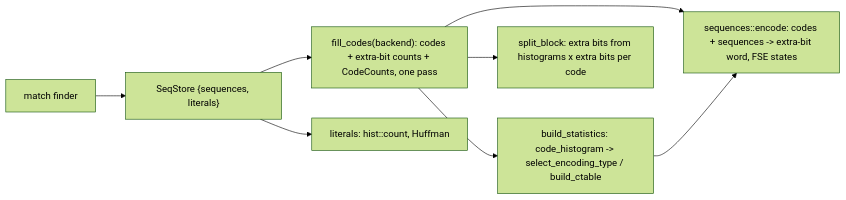
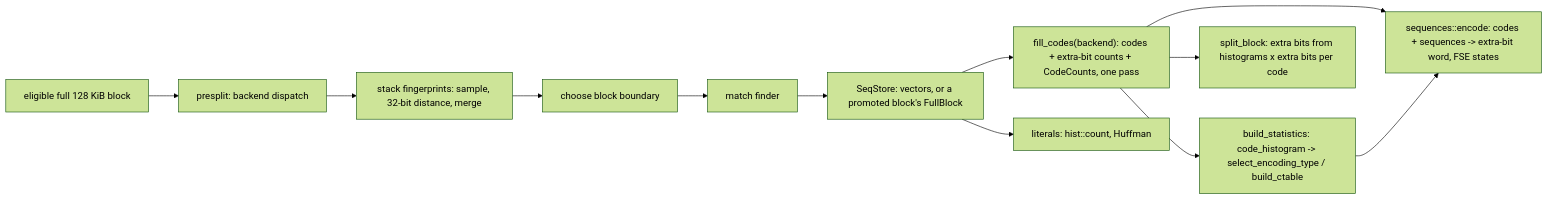
The ninth of 18 diagrams in architecture/encoder-core.md (M-Compressors/mzstd), drawn with Mermaid (forest theme) before and after one commit. The commit also changed other lines of this file and 369 other files, not shown here.

````diff
--- a/architecture/encoder-core.md
+++ b/architecture/encoder-core.md
@@ -337,10 +442,14 @@
 ```mermaid
 flowchart LR
-    MF[match finder] --> SS["SeqStore {sequences, literals}"]
+    PRE[eligible full 128 KiB block] --> PB["presplit: backend dispatch"]
+    PB --> FP["stack fingerprints: sample, 32-bit distance, merge"]
+    FP --> BC["choose block boundary"]
+    BC --> MF
+    MF[match finder] --> SS["SeqStore: vectors, or a promoted block's FullBlock"]
     SS --> FC["fill_codes(backend): codes + extra-bit counts + CodeCounts, one pass"]
     FC --> ST["build_statistics: code_histogram -> select_encoding_type / build_ctable"]
     FC --> EN["sequences::encode: codes + sequences -> extra-bit word, FSE states"]
     ST --> EN
     SS --> LIT["literals: hist::count, Huffman"]
     FC --> SB["split_block: extra bits from histograms x extra bits per code"]
 ```
````
